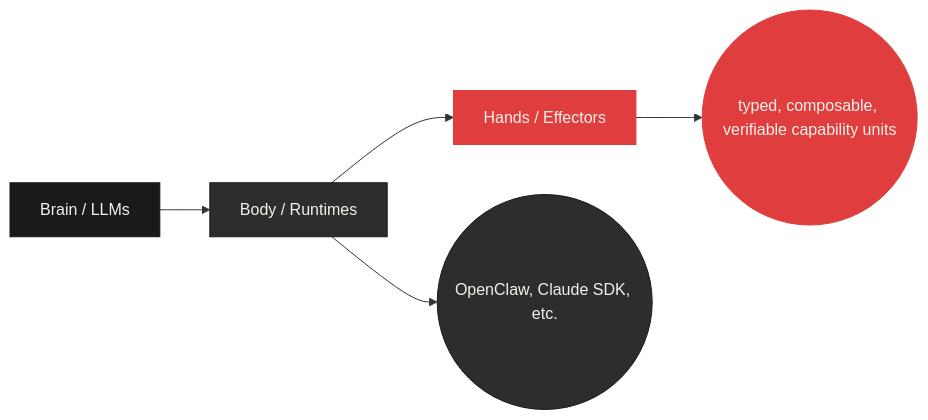
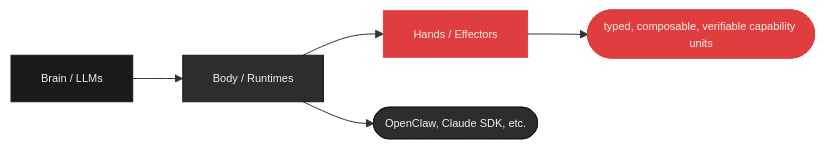
One commit to OpenClawHQ/.github changed the diagram in profile/README.md. Above: the diagram before and after it, drawn with Mermaid.

Commit message:
docs: shrink Brain→Body→Hands diagram and use rounded rectangles for detail nodes
Made-with: Cursor

````diff
--- a/profile/README.md
+++ b/profile/README.md
@@ -20,12 +20,12 @@
 ```mermaid
 graph LR
-  classDef brain fill:#1A1A1A,color:#F5F0EB,stroke:#1A1A1A;
-  classDef body fill:#2D2D2D,color:#F5F0EB,stroke:#1A1A1A;
-  classDef hands fill:#E03E3E,color:#F5F0EB,stroke:#E03E3E;
+  classDef brain fill:#1A1A1A,color:#F5F0EB,stroke:#1A1A1A,font-size:11px;
+  classDef body fill:#2D2D2D,color:#F5F0EB,stroke:#1A1A1A,font-size:11px;
+  classDef hands fill:#E03E3E,color:#F5F0EB,stroke:#E03E3E,font-size:11px;
 
   Brain["Brain / LLMs"]:::brain --> Body["Body / Runtimes"]:::body
   Body --> Hands["Hands / Effectors"]:::hands
 
-  Body --> BodyCaps(("OpenClaw, Claude SDK, etc.")):::body
-  Hands --> HandsCaps(("typed, composable, verifiable capability units")):::hands
+  Body --> BodyCaps([OpenClaw, Claude SDK, etc.]):::body
+  Hands --> HandsCaps([typed, composable, verifiable capability units]):::hands
 ```
````
